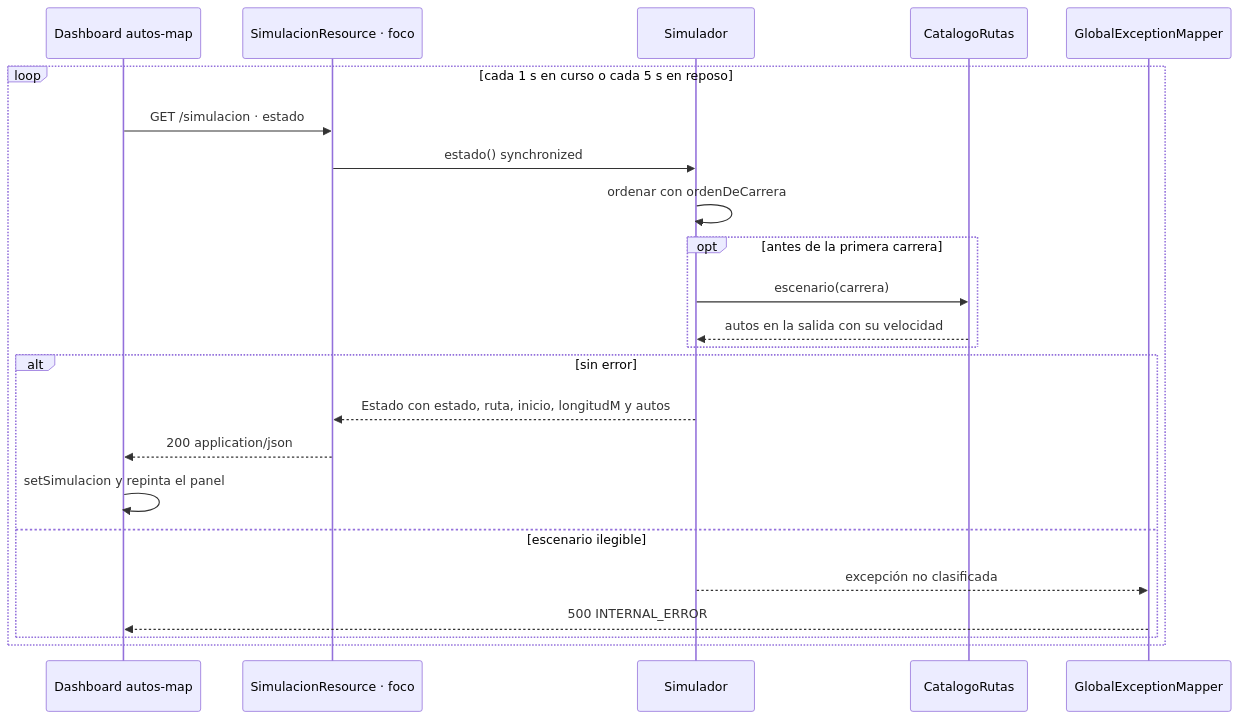
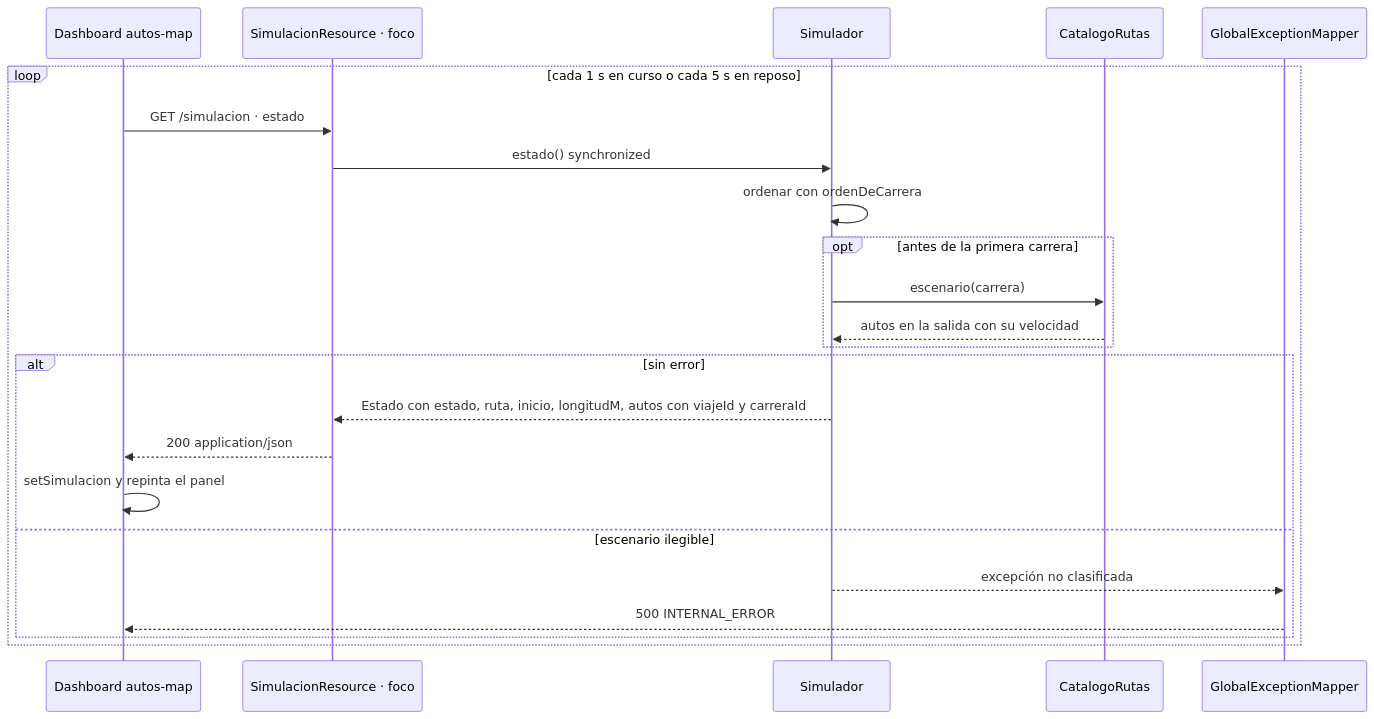
Before and after one commit to devbryan02/telemetry-flink-quarkus: the diagram in docs/c4/diagrams/sequences/get-simulacion.mmd, drawn with Mermaid. The commit also changed 47 other files, not shown here.

```diff
--- a/docs/c4/diagrams/sequences/get-simulacion.mmd
+++ b/docs/c4/diagrams/sequences/get-simulacion.mmd
@@ -1,24 +1,24 @@
 %%{init: {'themeCSS': 'rect.actor{stroke:#616161;stroke-width:2px;} rect.actor[name="R"]{stroke:#B71C1C !important;stroke-width:4px !important;}'}}%%
 sequenceDiagram
   participant C as Dashboard autos-map
   participant R as SimulacionResource · foco
   participant S as Simulador
   participant CAT as CatalogoRutas
   participant E as GlobalExceptionMapper
   loop cada 1 s en curso o cada 5 s en reposo
     C->>R: GET /simulacion · estado
     R->>S: estado() synchronized
     S->>S: ordenar con ordenDeCarrera
     opt antes de la primera carrera
       S->>CAT: escenario(carrera)
       CAT-->>S: autos en la salida con su velocidad
     end
     alt sin error
-      S-->>R: Estado con estado, ruta, inicio, longitudM y autos
+      S-->>R: Estado con estado, ruta, inicio, longitudM, autos con viajeId y carreraId
       R-->>C: 200 application/json
       C->>C: setSimulacion y repinta el panel
     else escenario ilegible
       S-->>E: excepción no clasificada
       E-->>C: 500 INTERNAL_ERROR
     end
   end
```
